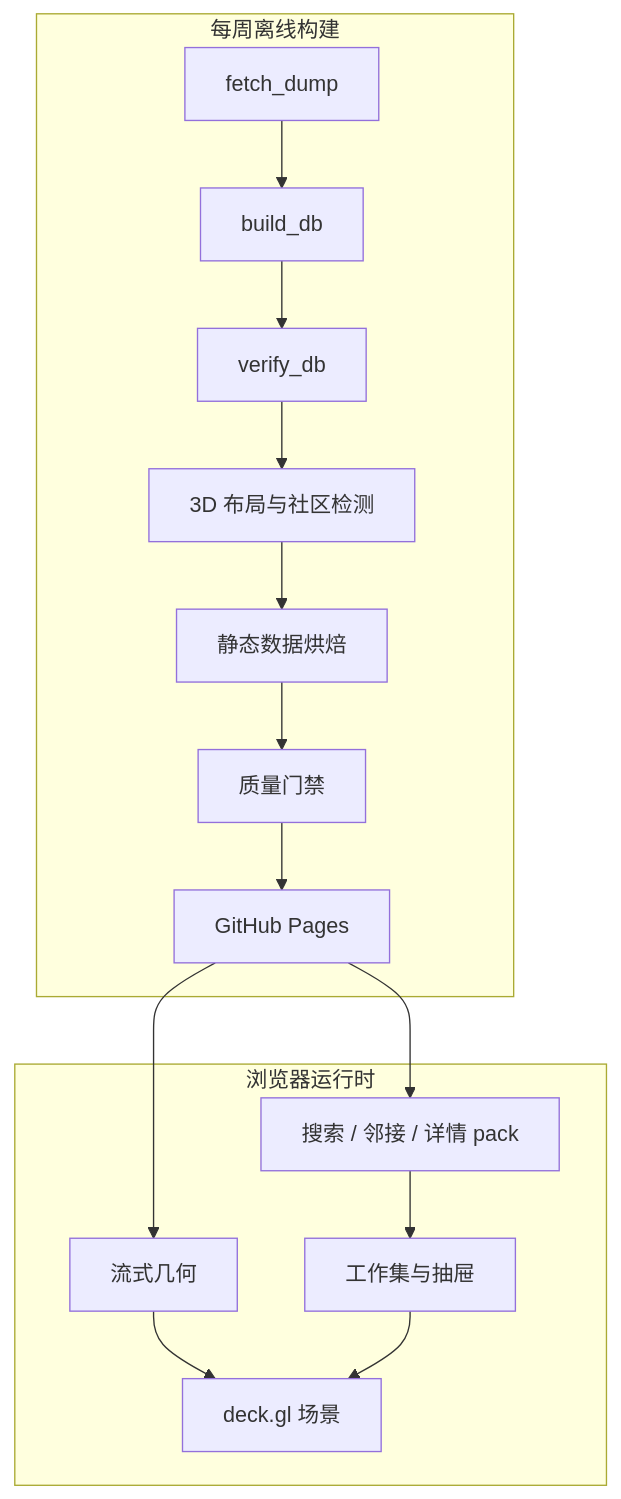
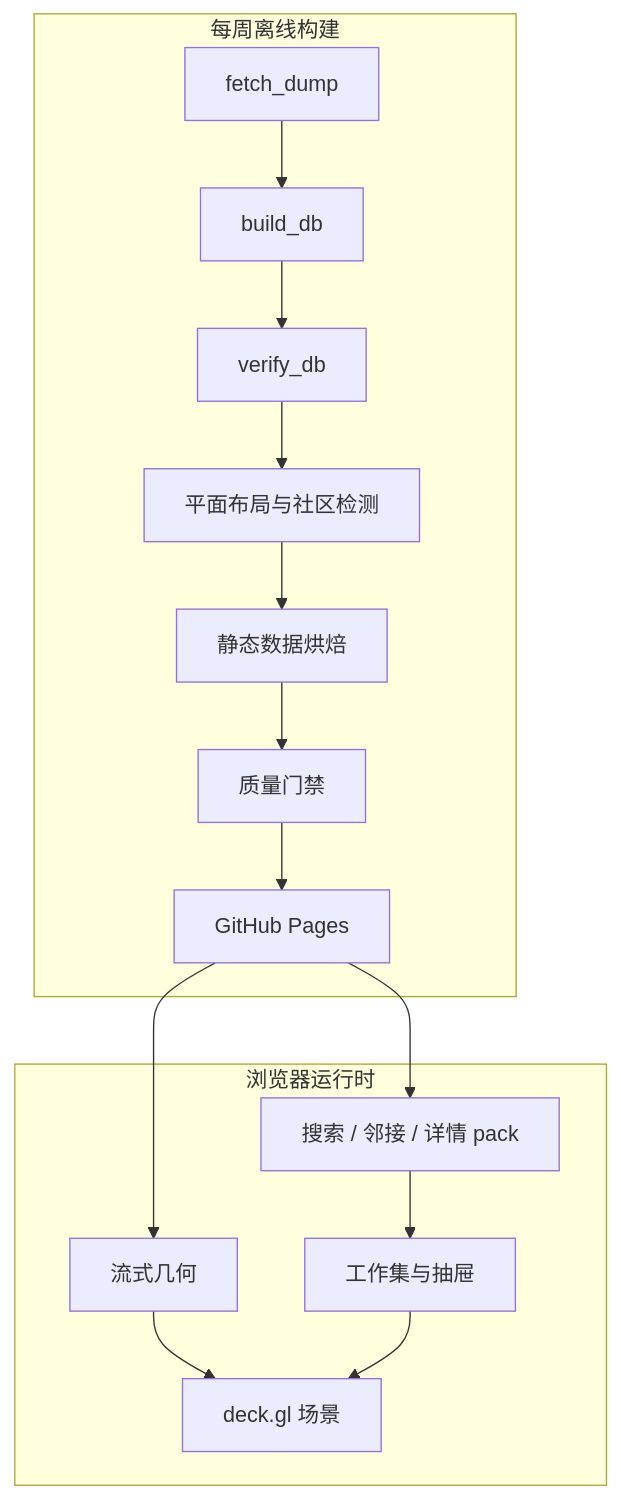
One commit to vauxe/bangumi-atlas changed the diagram in docs/EXPLORER_ARCHITECTURE.md. Above: the diagram before and after it, drawn with Mermaid. The commit also changed other lines of this file and 11 other files, not shown here.

````diff
--- a/docs/EXPLORER_ARCHITECTURE.md
+++ b/docs/EXPLORER_ARCHITECTURE.md
@@ -38,20 +38,20 @@
 ```mermaid
 flowchart TB
     subgraph Weekly[每周离线构建]
         A[fetch_dump] --> B[build_db]
         B --> C[verify_db]
-        C --> D[3D 布局与社区检测]
+        C --> D[平面布局与社区检测]
         D --> E[静态数据烘焙]
         E --> F[质量门禁]
         F --> G[GitHub Pages]
     end
 
     subgraph Browser[浏览器运行时]
         H[流式几何] --> I[deck.gl 场景]
         J[搜索 / 邻接 / 详情 pack] --> K[工作集与抽屉]
         K --> I
     end
 
     G --> H
     G --> J
 ```
````
